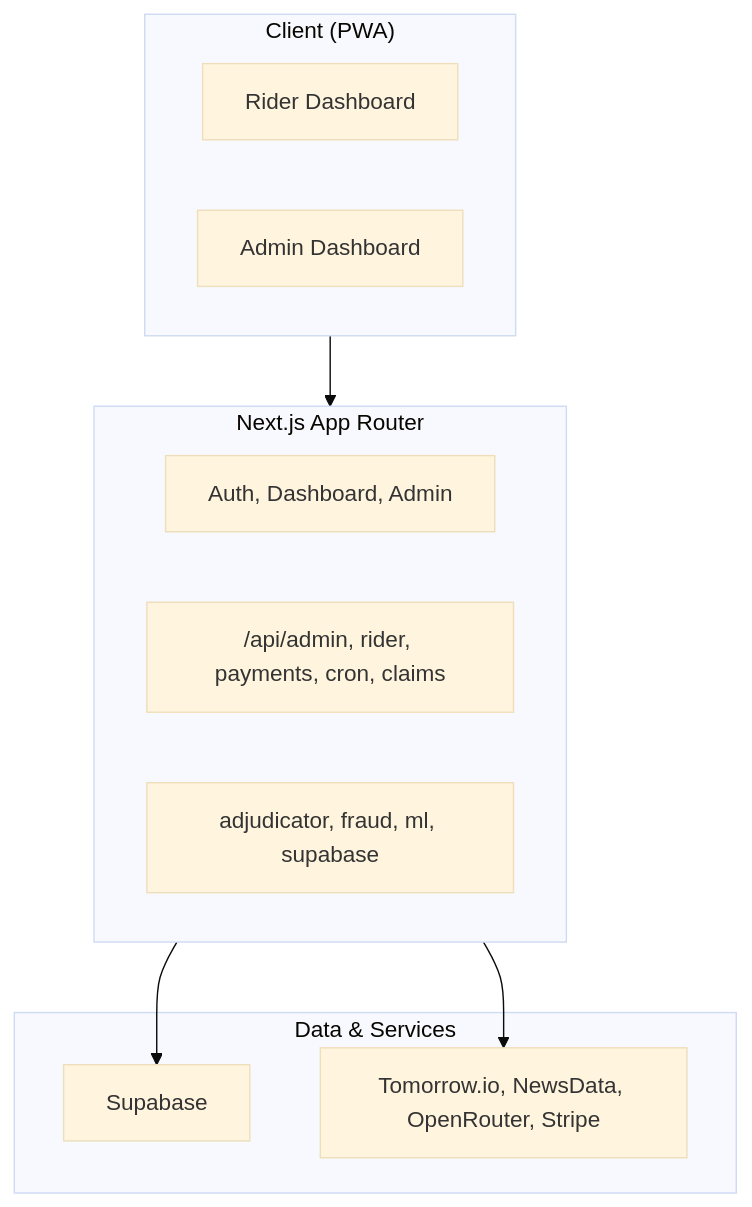
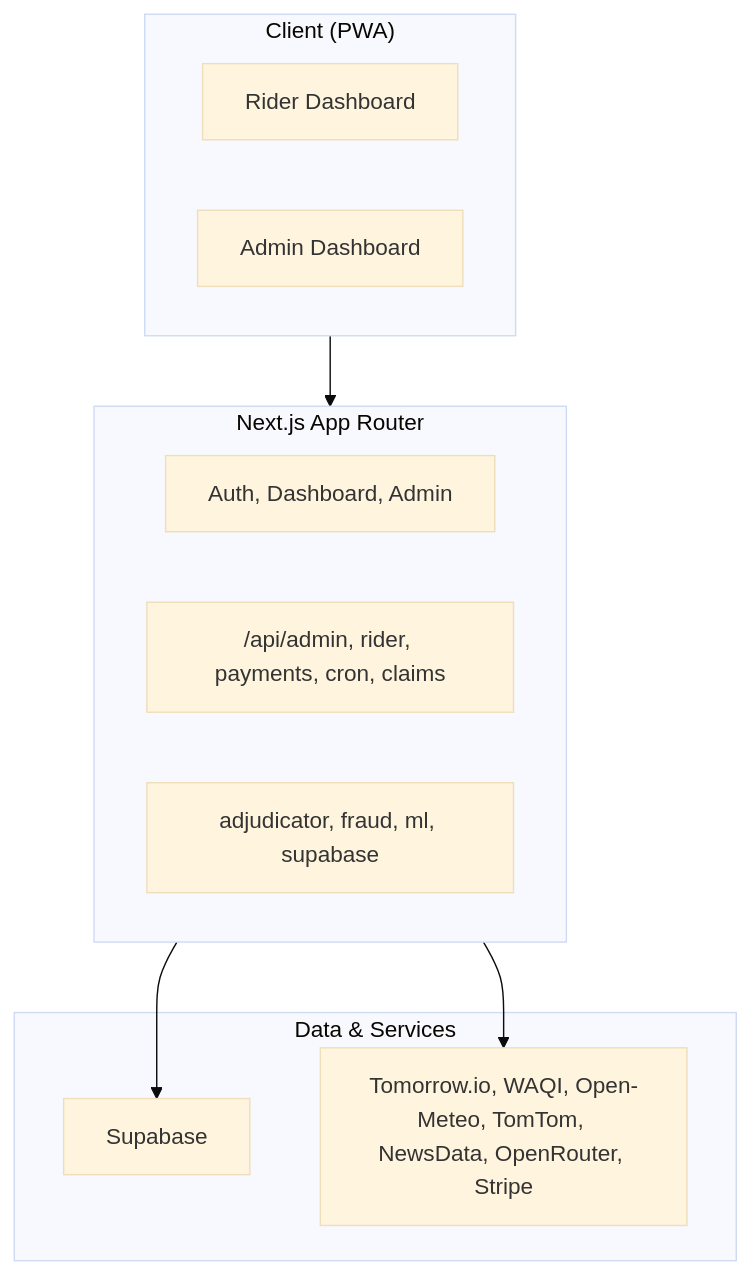
The first of 4 diagrams in Docs/src/content/docs/architecture.mdx (lohitkolluri/Oasis), drawn with Mermaid (base theme) before and after one commit. The commit also changed other lines of this file and 56 other files, not shown here.

````diff
--- a/Docs/src/content/docs/architecture.mdx
+++ b/Docs/src/content/docs/architecture.mdx
@@ -12,22 +12,22 @@
 ```mermaid
 flowchart TB
     subgraph Client["Client (PWA)"]
         Rider[Rider Dashboard]
         Admin[Admin Dashboard]
     end
 
     subgraph NextJS["Next.js App Router"]
         Pages["Auth, Dashboard, Admin"]
         API["/api/admin, rider, payments, cron, claims"]
         Lib["adjudicator, fraud, ml, supabase"]
     end
 
     subgraph Data["Data & Services"]
         Supabase[Supabase]
-        ExtAPI[Tomorrow.io, NewsData, OpenRouter, Stripe]
+        ExtAPI[Tomorrow.io, WAQI, Open-Meteo, TomTom, NewsData, OpenRouter, Stripe]
     end
 
     Client --> NextJS
     NextJS --> Supabase
     NextJS --> ExtAPI
 ```
````
